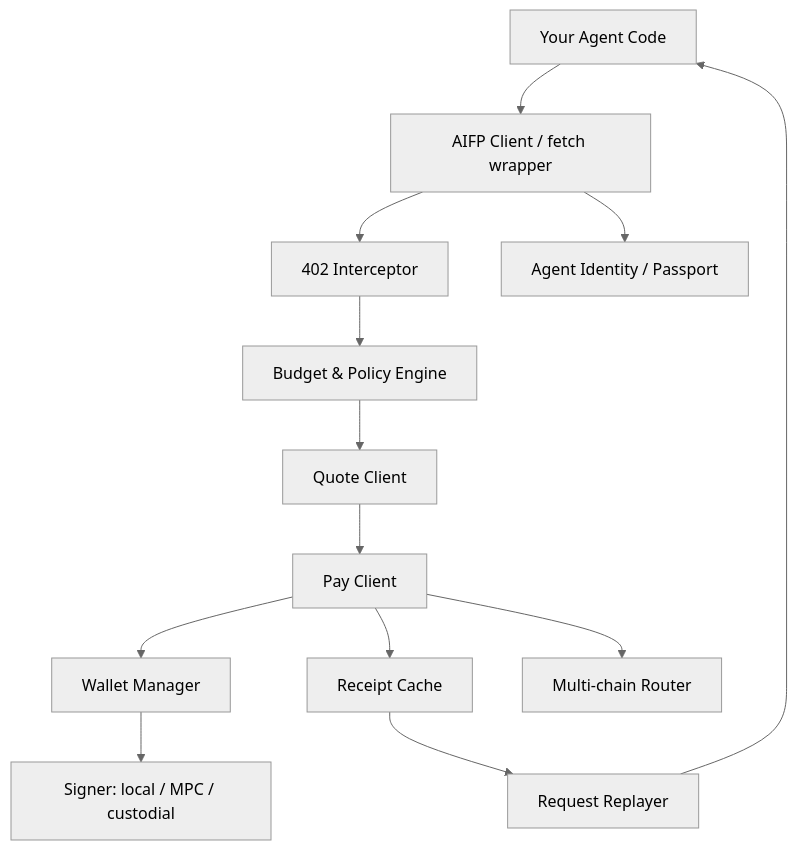
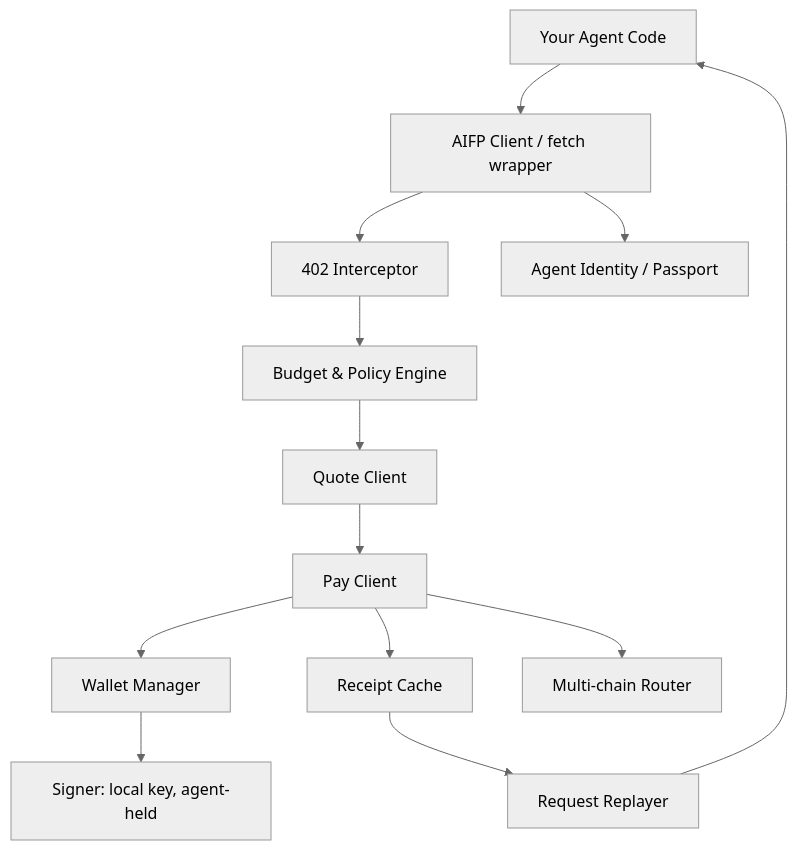
The first of 5 diagrams in docs/aifp/03-AI-Agent-SDK-Specification.md (AiFinPay/Protocol-AIFP-1), drawn with Mermaid (neutral theme) before and after one commit. The commit also changed other lines of this file and 27 other files, not shown here.

````diff
--- a/docs/aifp/03-AI-Agent-SDK-Specification.md
+++ b/docs/aifp/03-AI-Agent-SDK-Specification.md
@@ -76,15 +76,15 @@
 ```mermaid
 flowchart TB
     APP[Your Agent Code] --> CLIENT[AIFP Client / fetch wrapper]
     CLIENT --> INT[402 Interceptor]
     INT --> POL[Budget & Policy Engine]
     POL --> QUOTE[Quote Client]
     QUOTE --> PAY[Pay Client]
     PAY --> WALLET[Wallet Manager]
-    WALLET --> SIGN[Signer: local / MPC / custodial]
+    WALLET --> SIGN[Signer: local key, agent-held]
     PAY --> RC[Receipt Cache]
     RC --> REPLAY[Request Replayer]
     REPLAY --> APP
     CLIENT --> ID[Agent Identity / Passport]
     PAY --> ROUTE[Multi-chain Router]
 ```
````
